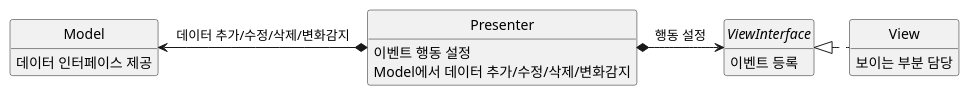
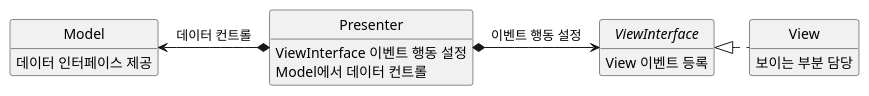
One commit to vomvoru/vomvoru.github.io changed the second of 5 diagrams in _posts/blog/2017-06-19-mvc-mvp-mvvm.md. Above: the diagram before and after it, drawn with PlantUML. The commit also changed other lines of this file, not shown here.

````diff
--- a/_posts/blog/2017-06-19-mvc-mvp-mvvm.md
+++ b/_posts/blog/2017-06-19-mvc-mvp-mvvm.md
@@ -68,26 +70,26 @@
 ```plantuml
 class Model {
     데이터 인터페이스 제공
 }
 
 class View {
     보이는 부분 담당
 }
 
 Interface ViewInterface {
-    이벤트 등록
+    View 이벤트 등록
 }
 
 class Presenter{
-    이벤트 행동 설정
-    Model에서 데이터 추가/수정/삭제/변화감지
+    ViewInterface 이벤트 행동 설정
+    Model에서 데이터 컨트롤
 }
 
 View .left.|> ViewInterface
-Presenter *-left-> Model : 데이터 추가/수정/삭제/변화감지
-Presenter *-right-> ViewInterface : 행동 설정
+Presenter *-left-> Model : 데이터 컨트롤
+Presenter *-right-> ViewInterface : 이벤트 행동 설정
 
 hide empty fields
 hide empty methods
 hide circle
 ```
````
